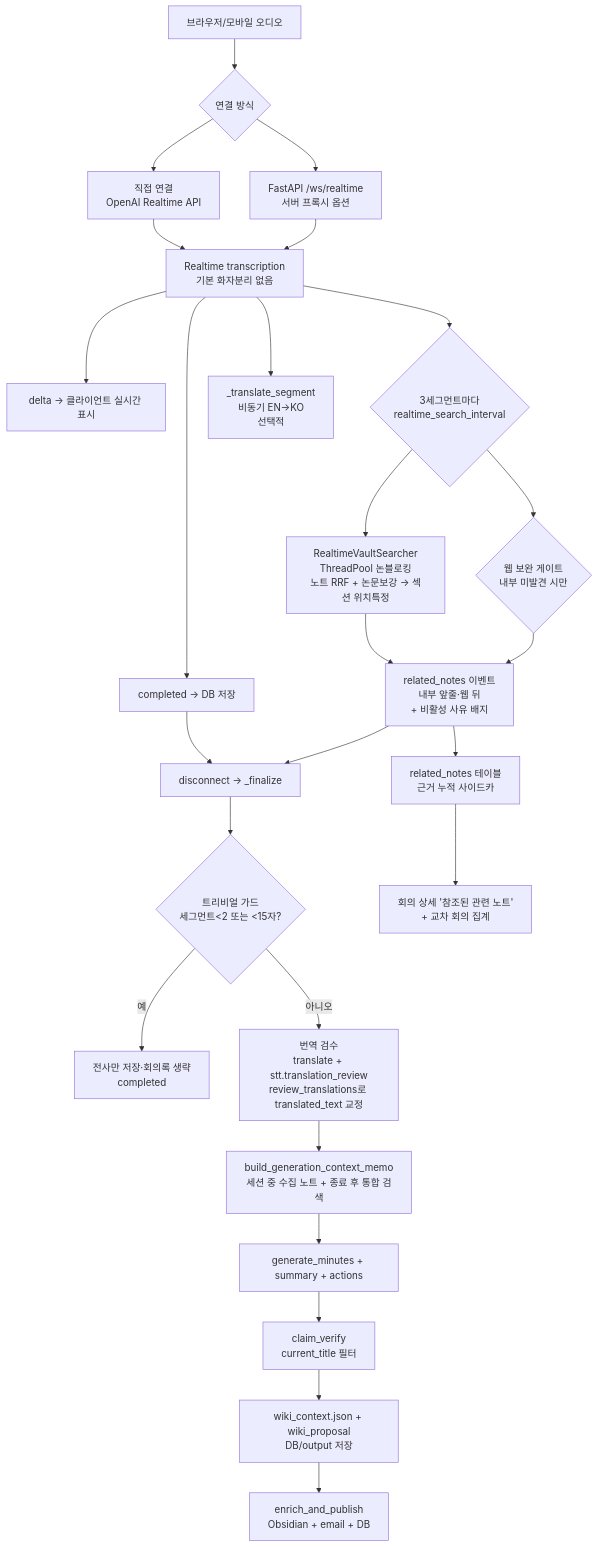
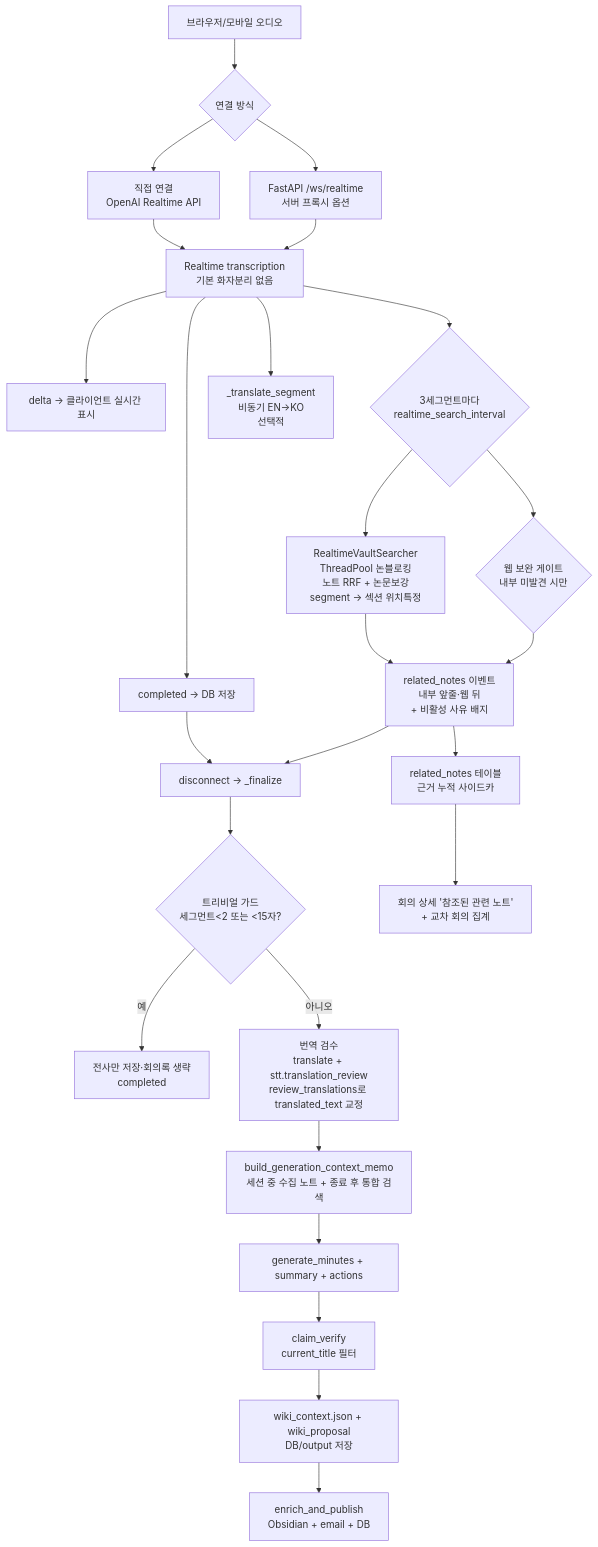
Before and after one commit to areumsim/Meeting_Minutes: the sixth of 11 diagrams in docs/ARCHITECTURE.md, drawn with Mermaid. The commit also changed other lines of this file and 3 other files, not shown here.

````diff
--- a/docs/ARCHITECTURE.md
+++ b/docs/ARCHITECTURE.md
@@ -242,29 +242,29 @@
 ```mermaid
 flowchart TD
     A[브라우저/모바일 오디오] --> A1{연결 방식}
     A1 --> B1[직접 연결\nOpenAI Realtime API]
     A1 --> B2[FastAPI /ws/realtime\n서버 프록시 옵션]
     B1 --> C[Realtime transcription\n기본 화자분리 없음]
     B2 --> C
     C --> D[delta → 클라이언트 실시간 표시]
     C --> E[completed → DB 저장]
     C --> F[_translate_segment\n비동기 EN→KO\n선택적]
     C --> G{3세그먼트마다\nrealtime_search_interval}
-    G --> H[RealtimeVaultSearcher\nThreadPool 논블로킹\n노트 RRF + 논문보강 → 섹션 위치특정]
+    G --> H[RealtimeVaultSearcher\nThreadPool 논블로킹\n노트 RRF + 논문보강segment → 섹션 위치특정]
     H --> I[related_notes 이벤트\n내부 앞줄·웹 뒤\n+ 비활성 사유 배지]
     G --> G2{웹 보완 게이트\n내부 미발견 시만}
     G2 --> I
 
     E --> J[disconnect → _finalize]
     I --> J
     I --> I2[related_notes 테이블\n근거 누적 사이드카]
     I2 --> I3[회의 상세 '참조된 관련 노트'\n+ 교차 회의 집계]
     J --> J0{트리비얼 가드\n세그먼트<2 또는 <15자?}
     J0 -- 예 --> JX[전사만 저장·회의록 생략\ncompleted]
     J0 -- 아니오 --> J1[번역 검수\ntranslate + stt.translation_review\nreview_translations로 translated_text 교정]
     J1 --> K[build_generation_context_memo\n세션 중 수집 노트 + 종료 후 통합 검색]
     K --> L[generate_minutes + summary + actions]
     L --> M[claim_verify\ncurrent_title 필터]
     M --> M2[wiki_context.json + wiki_proposal\nDB/output 저장]
     M2 --> N[enrich_and_publish\nObsidian + email + DB]
 ```
````
